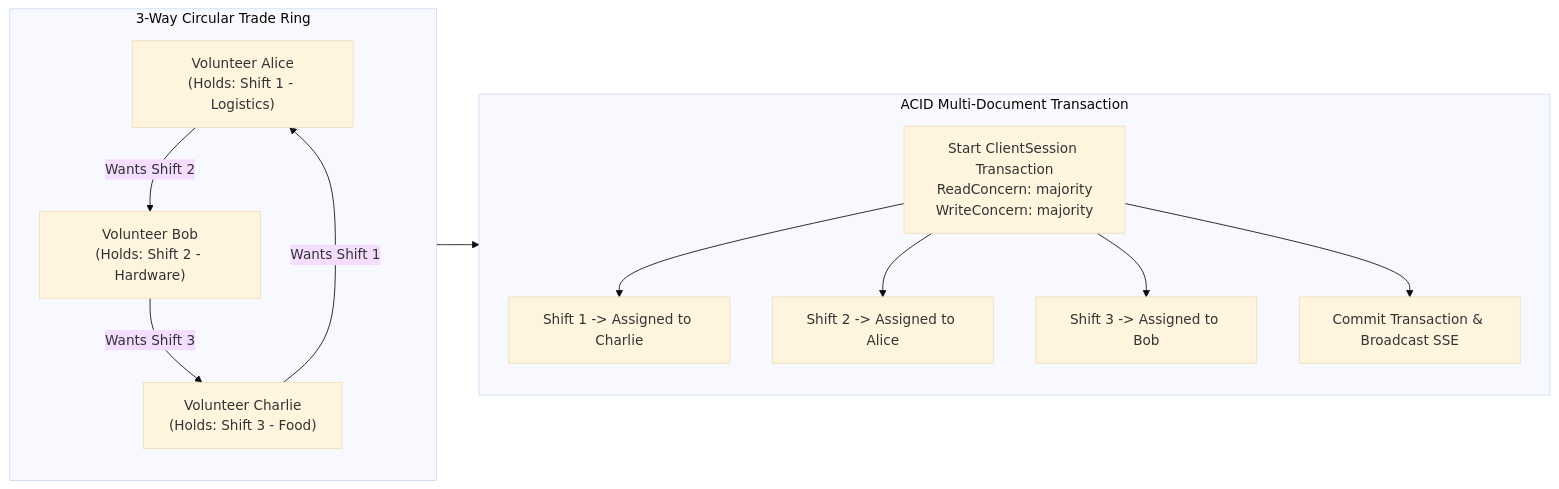
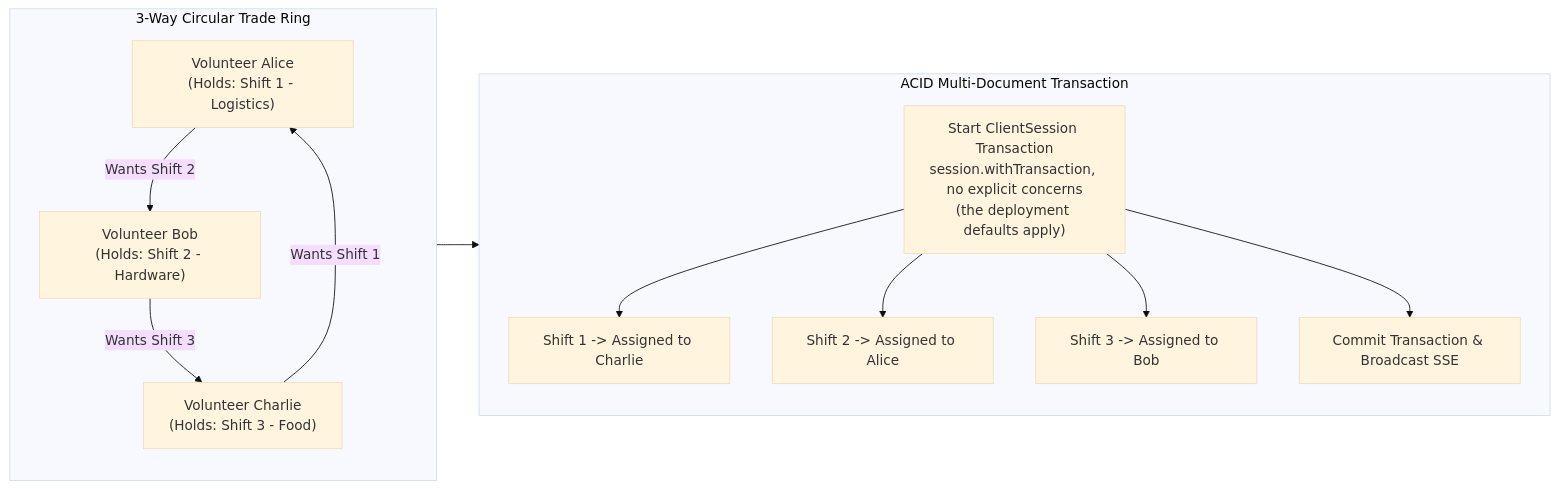
Before and after one commit to aritroBh/HackIllinois-2027-Systems-Coding-Challenge: the fifth of 10 diagrams in ARCHITECTURE.md, drawn with Mermaid (base theme). The commit also changed other lines of this file and 89 other files, not shown here.

````diff
--- a/ARCHITECTURE.md
+++ b/ARCHITECTURE.md
@@ -378,18 +382,18 @@
 ```mermaid
 flowchart LR
     subgraph Cycle["3-Way Circular Trade Ring"]
         A["Volunteer Alice<br/>(Holds: Shift 1 - Logistics)"] -->|"Wants Shift 2"| B["Volunteer Bob<br/>(Holds: Shift 2 - Hardware)"]
         B -->|"Wants Shift 3"| C["Volunteer Charlie<br/>(Holds: Shift 3 - Food)"]
         C -->|"Wants Shift 1"| A
     end
 
     subgraph AtomicExecution["ACID Multi-Document Transaction"]
-        TX["Start ClientSession Transaction<br/>ReadConcern: majority<br/>WriteConcern: majority"]
+        TX["Start ClientSession Transaction<br/>session.withTransaction, no explicit concerns<br/>(the deployment defaults apply)"]
         TX --> W1["Shift 1 -> Assigned to Charlie"]
         TX --> W2["Shift 2 -> Assigned to Alice"]
         TX --> W3["Shift 3 -> Assigned to Bob"]
         TX --> COM["Commit Transaction & Broadcast SSE"]
     end
 
     Cycle --> AtomicExecution
 ```
````
